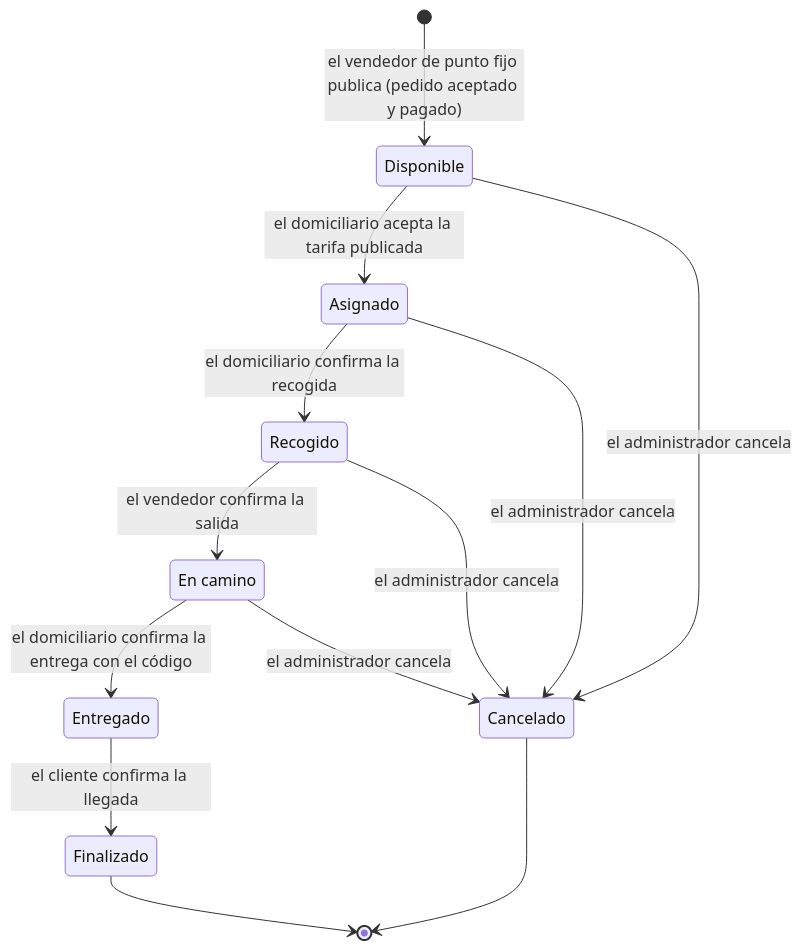
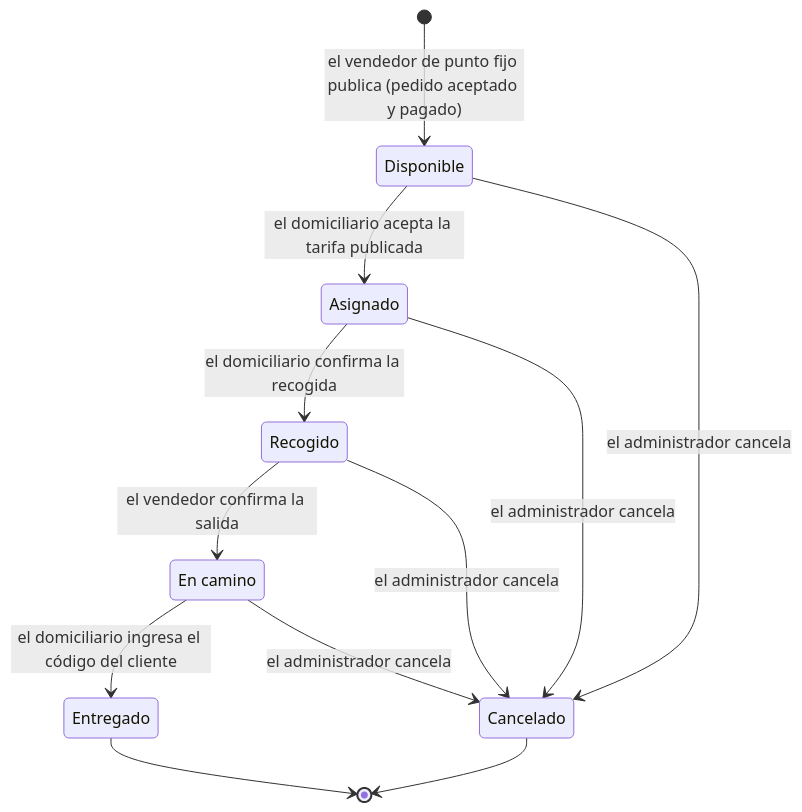
The diagram in capstone/informe-capstone.md (RAAR-18/napa), drawn with Mermaid before and after one commit. The commit also changed other lines of this file and 89 other files, not shown here.

First line of the commit message:
docs(specs): adoptar el modelo ER de ERDPlus y cerrar la entrega por código

````diff
--- a/capstone/informe-capstone.md
+++ b/capstone/informe-capstone.md
@@ -145,16 +145,15 @@
 ```mermaid
 stateDiagram-v2
   [*] --> Disponible: el vendedor de punto fijo publica (pedido aceptado y pagado)
   Disponible --> Asignado: el domiciliario acepta la tarifa publicada
   Asignado --> Recogido: el domiciliario confirma la recogida
   Recogido --> EnCamino: el vendedor confirma la salida
-  EnCamino --> Entregado: el domiciliario confirma la entrega con el código
-  Entregado --> Finalizado: el cliente confirma la llegada
-  Finalizado --> [*]
+  EnCamino --> Entregado: el domiciliario ingresa el código del cliente
+  Entregado --> [*]
   Disponible --> Cancelado: el administrador cancela
   Asignado --> Cancelado: el administrador cancela
   Recogido --> Cancelado: el administrador cancela
   EnCamino --> Cancelado: el administrador cancela
   Cancelado --> [*]
   EnCamino : En camino
 ```
````
